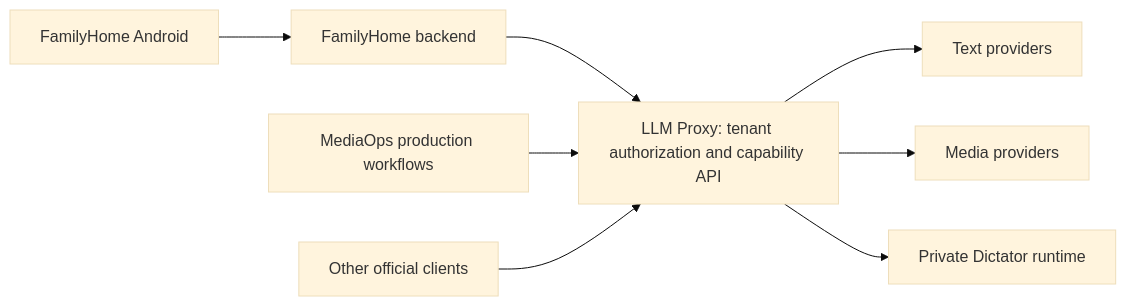
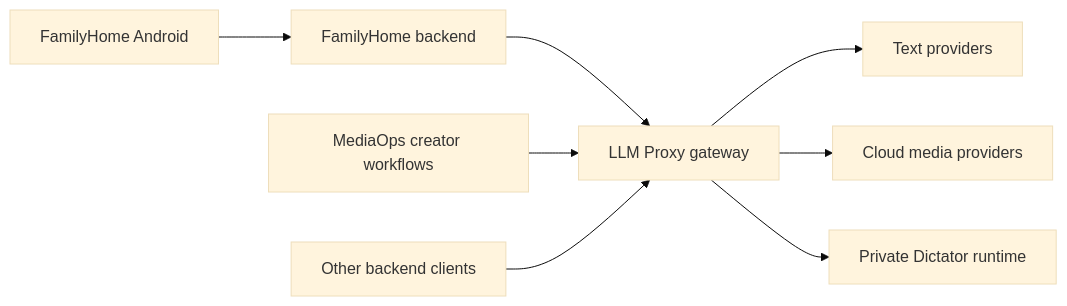
Before and after one commit to tyemirov/llm-proxy: the diagram in docs/media-gateway-consolidation.md, drawn with Mermaid (base theme). The commit also changed other lines of this file and 3 other files, not shown here.

Commit message:
docs(P011): specify the media gateway migration plan

````diff
--- a/docs/media-gateway-consolidation.md
+++ b/docs/media-gateway-consolidation.md
@@ -21,10 +20,10 @@
 ```mermaid
 flowchart LR
     A[FamilyHome Android] --> B[FamilyHome backend]
-    B --> G[LLM Proxy: tenant authorization and capability API]
-    P[MediaOps production workflows] --> G
-    C[Other official clients] --> G
+    B --> G[LLM Proxy gateway]
+    M[MediaOps creator workflows] --> G
+    C[Other backend clients] --> G
     G --> L[Text providers]
-    G --> M[Media providers]
+    G --> P[Cloud media providers]
     G --> D[Private Dictator runtime]
 ```
````
